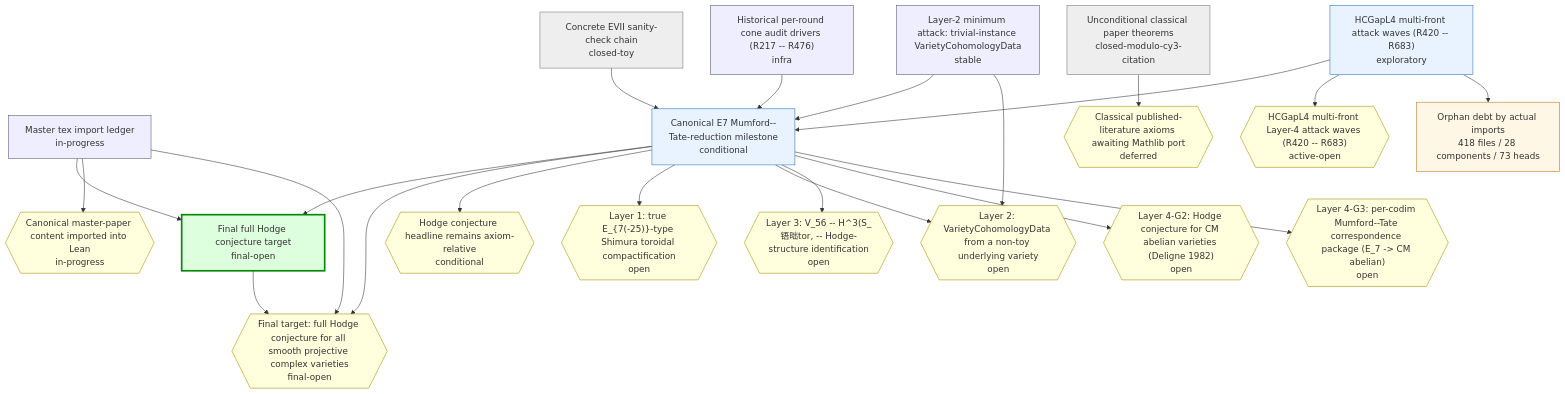
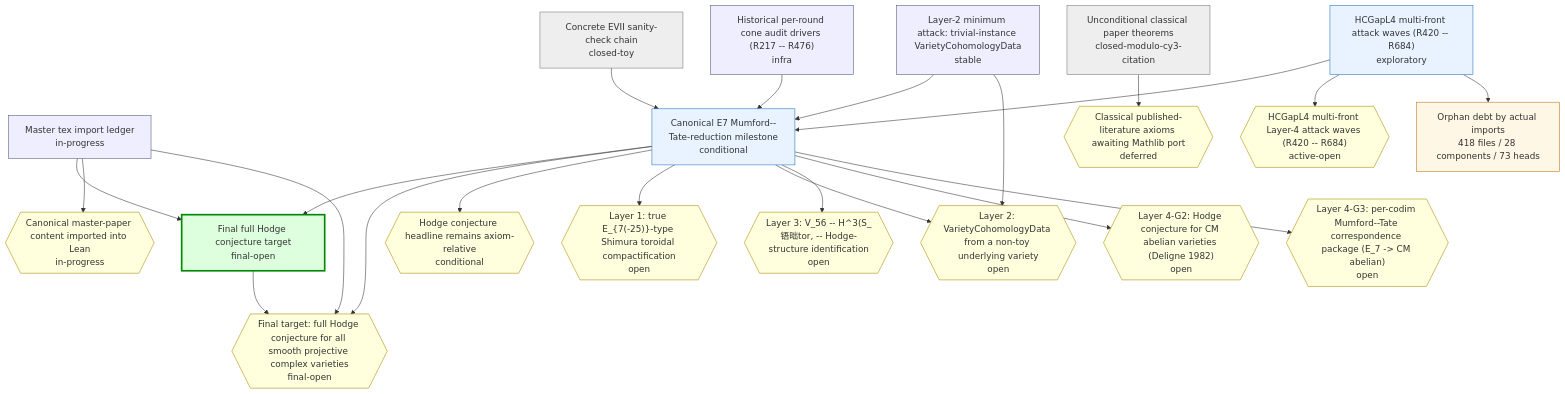
Before and after one commit to crabsatellite/hodge-conjecture-lean4-formalization: the first of 2 diagrams in chain-status/research-map.md, drawn with Mermaid. The commit also changed other lines of this file and 8 other files, not shown here.

````diff
--- a/chain-status/research-map.md
+++ b/chain-status/research-map.md
@@ -46,54 +46,54 @@
 ```mermaid
 graph TD
   classDef main fill:#dfd,stroke:#080,stroke-width:3px
   classDef active fill:#e8f3ff,stroke:#2670b8
   classDef support fill:#eef,stroke:#557
   classDef closed fill:#eee,stroke:#777
   classDef dead fill:#fdd,stroke:#a00,stroke-width:2px
   classDef gapOpen fill:#ffd,stroke:#a80
   classDef gapClosed fill:#eee,stroke:#777
   classDef gapDead fill:#fdd,stroke:#a00
   classDef debt fill:#fff7e6,stroke:#b87514
   classDef debtTaxonomy fill:#e8f3ff,stroke:#2670b8,stroke-dasharray:3 3
   classDef debtRule fill:#eefbea,stroke:#398439,stroke-dasharray:3 3
   classDef debtDead fill:#fdd,stroke:#a00,stroke-dasharray:3 3
   chain_full_hc_final_target["Final full Hodge conjecture target\nfinal-open"]:::main
   chain_master_paper_import_ledger["Master tex import ledger\nin-progress"]:::support
   chain_main_hc_axiom_relative["Canonical E7 Mumford--Tate-reduction milestone\nconditional"]:::active
   chain_unconditional_classical["Unconditional classical paper theorems\nclosed-modulo-cy3-citation"]:::closed
   chain_hcgap_l2_trivial_instances["Layer-2 minimum attack: trivial-instance VarietyCohomologyData\nstable"]:::support
-  chain_hcgap_l4_multifront_active["HCGapL4 multi-front attack waves (R420 -- R683)\nexploratory"]:::active
+  chain_hcgap_l4_multifront_active["HCGapL4 multi-front attack waves (R420 -- R684)\nexploratory"]:::active
   chain_concrete_evii_toy["Concrete EVII sanity-check chain\nclosed-toy"]:::closed
   chain_historical_cone_audits["Historical per-round cone audit drivers (R217 -- R476)\ninfra"]:::support
   gap_G_full_hc{{"Final target: full Hodge conjecture for all smooth projective complex varieties\nfinal-open"}}:::gapOpen
   gap_G_master_paper_import{{"Canonical master-paper content imported into Lean\nin-progress"}}:::gapOpen
   gap_G_main_hc{{"Hodge conjecture headline remains axiom-relative\nconditional"}}:::gapOpen
   gap_G_l1_e7_shimura_tor{{"Layer 1: true E_{7(-25)}-type Shimura toroidal compactification\nopen"}}:::gapOpen
   gap_G_l2_cohomology_construction{{"Layer 2: VarietyCohomologyData from a non-toy underlying variety\nopen"}}:::gapOpen
   gap_G_l3_v56_mt_identification{{"Layer 3: V_56 -- H^3(S_铻昢tor, -- Hodge-structure identification\nopen"}}:::gapOpen
   gap_G_l4_cm_abelian_hc{{"Layer 4-G2: Hodge conjecture for CM abelian varieties (Deligne 1982)\nopen"}}:::gapOpen
   gap_G_l4_mt_correspondence{{"Layer 4-G3: per-codim Mumford--Tate correspondence package (E_7 -> CM abelian)\nopen"}}:::gapOpen
   gap_G_classical_mathlib_port{{"Classical published-literature axioms awaiting Mathlib port\ndeferred"}}:::gapOpen
-  gap_G_hcgap_l4_multifront{{"HCGapL4 multi-front Layer-4 attack waves (R420 -- R683)\nactive-open"}}:::gapOpen
+  gap_G_hcgap_l4_multifront{{"HCGapL4 multi-front Layer-4 attack waves (R420 -- R684)\nactive-open"}}:::gapOpen
   chain_full_hc_final_target --> gap_G_full_hc
   chain_master_paper_import_ledger --> chain_full_hc_final_target
   chain_master_paper_import_ledger --> gap_G_master_paper_import
   chain_master_paper_import_ledger --> gap_G_full_hc
   chain_main_hc_axiom_relative --> chain_full_hc_final_target
   chain_main_hc_axiom_relative --> gap_G_full_hc
   chain_main_hc_axiom_relative --> gap_G_main_hc
   chain_main_hc_axiom_relative --> gap_G_l1_e7_shimura_tor
   chain_main_hc_axiom_relative --> gap_G_l2_cohomology_construction
   chain_main_hc_axiom_relative --> gap_G_l3_v56_mt_identification
   chain_main_hc_axiom_relative --> gap_G_l4_cm_abelian_hc
   chain_main_hc_axiom_relative --> gap_G_l4_mt_correspondence
   chain_unconditional_classical --> gap_G_classical_mathlib_port
   chain_hcgap_l2_trivial_instances --> chain_main_hc_axiom_relative
   chain_hcgap_l2_trivial_instances --> gap_G_l2_cohomology_construction
   chain_hcgap_l4_multifront_active --> chain_main_hc_axiom_relative
   chain_hcgap_l4_multifront_active --> gap_G_hcgap_l4_multifront
   chain_concrete_evii_toy --> chain_main_hc_axiom_relative
   chain_historical_cone_audits --> chain_main_hc_axiom_relative
   debt_all["Orphan debt by actual imports\n418 files / 28 components / 73 heads"]:::debt
   chain_hcgap_l4_multifront_active --> debt_all
 ```
````
